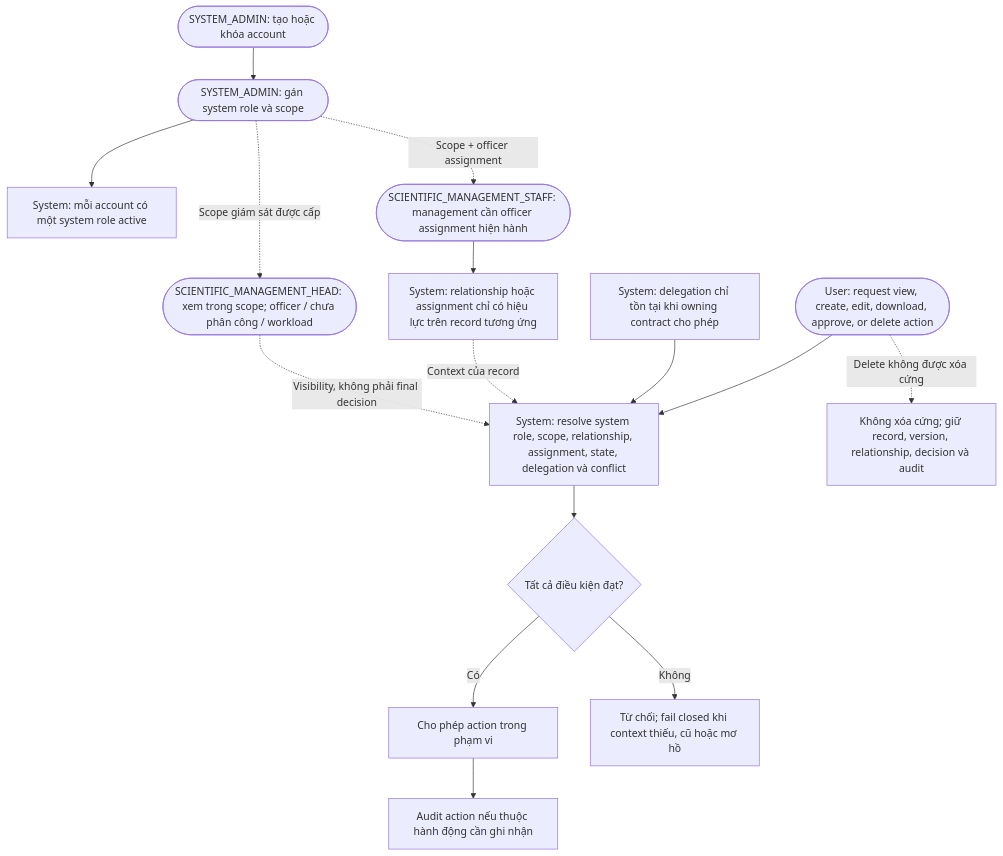
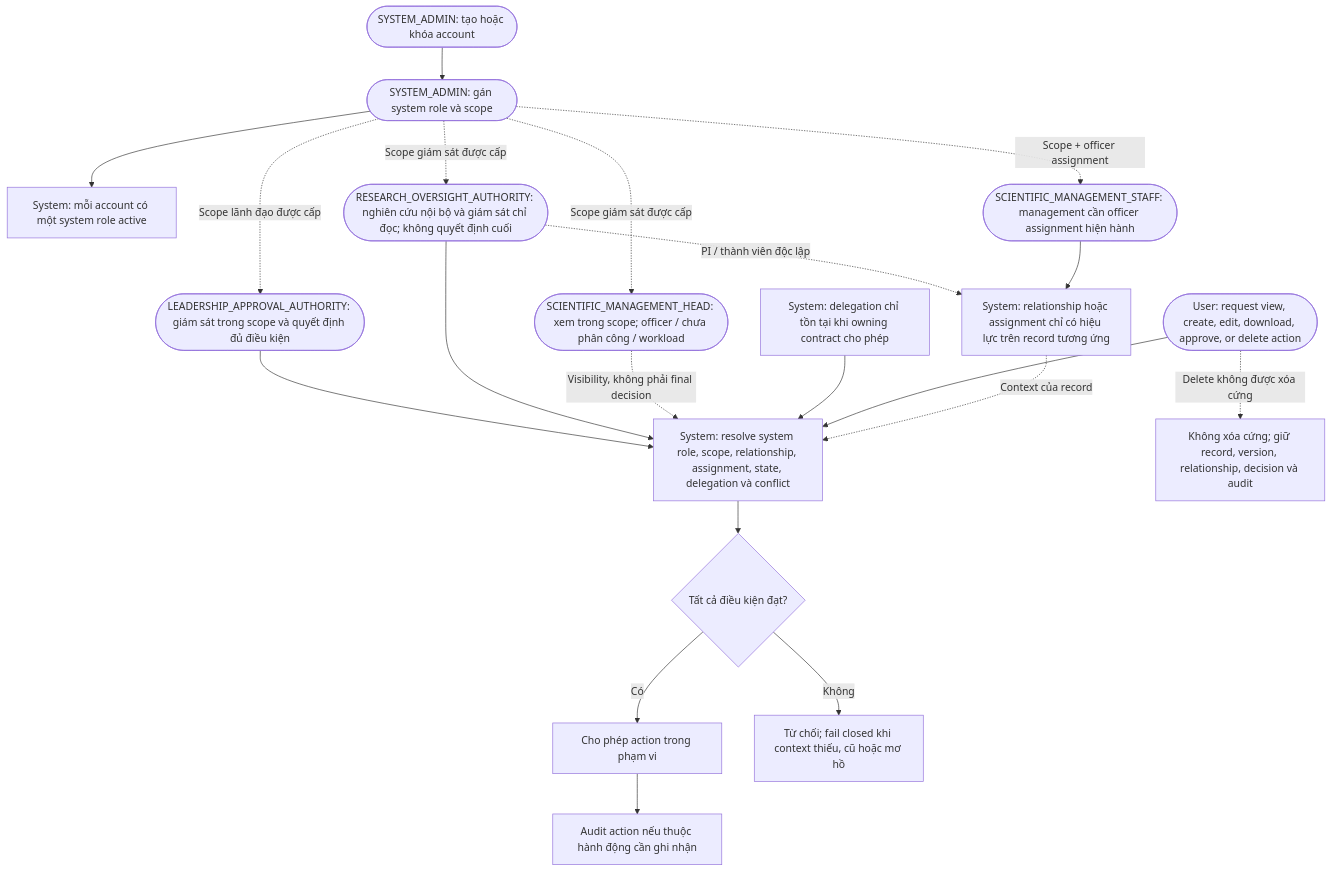
One commit to thanhdotien278/DocManS changed the diagram in docs/diagrams/authorization.md. Above: the diagram before and after it, drawn with Mermaid. The commit also changed 69 other files, not shown here.

````diff
--- a/docs/diagrams/authorization.md
+++ b/docs/diagrams/authorization.md
@@ -3,29 +3,36 @@
 ```mermaid
 flowchart TD
   admin(["SYSTEM_ADMIN: tạo hoặc khóa account"])
   role(["SYSTEM_ADMIN: gán system role và scope"])
   account["System: mỗi account có một system role active"]
   head(["SCIENTIFIC_MANAGEMENT_HEAD: xem trong scope; officer / chưa phân công / workload"])
+  director(["LEADERSHIP_APPROVAL_AUTHORITY: giám sát trong scope và quyết định đủ điều kiện"])
+  deputy(["RESEARCH_OVERSIGHT_AUTHORITY: nghiên cứu nội bộ và giám sát chỉ đọc; không quyết định cuối"])
   staff(["SCIENTIFIC_MANAGEMENT_STAFF: management cần officer assignment hiện hành"])
   record["System: relationship hoặc assignment chỉ có hiệu lực trên record tương ứng"]
   delegation_rules["System: delegation chỉ tồn tại khi owning contract cho phép"]
   action(["User: request view, create, edit, download, approve, or delete action"])
   context["System: resolve system role, scope, relationship, assignment, state, delegation và conflict"]
   allowed{"Tất cả điều kiện đạt?"}
   permit["Cho phép action trong phạm vi"]
   deny["Từ chối; fail closed khi context thiếu, cũ hoặc mơ hồ"]
   no_hard_delete["Không xóa cứng; giữ record, version, relationship, decision và audit"]
   audit["Audit action nếu thuộc hành động cần ghi nhận"]
 
   admin --> role --> account
   role -. "Scope giám sát được cấp" .-> head
   role -. "Scope + officer assignment" .-> staff
+  role -. "Scope lãnh đạo được cấp" .-> director
+  role -. "Scope giám sát được cấp" .-> deputy
+  director --> context
+  deputy --> context
+  deputy -. "PI / thành viên độc lập" .-> record
   staff --> record
   head -. "Visibility, không phải final decision" .-> context
   delegation_rules --> context
   action --> context --> allowed
   record -. "Context của record" .-> context
   allowed -- "Có" --> permit --> audit
   allowed -- "Không" --> deny
   action -. "Delete không được xóa cứng" .-> no_hard_delete
 ```
````
